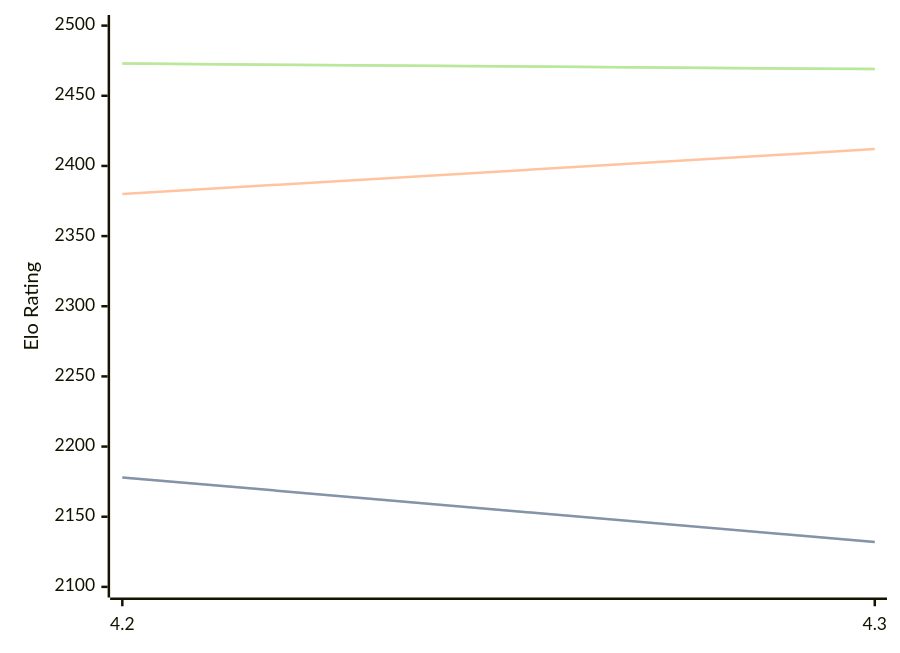
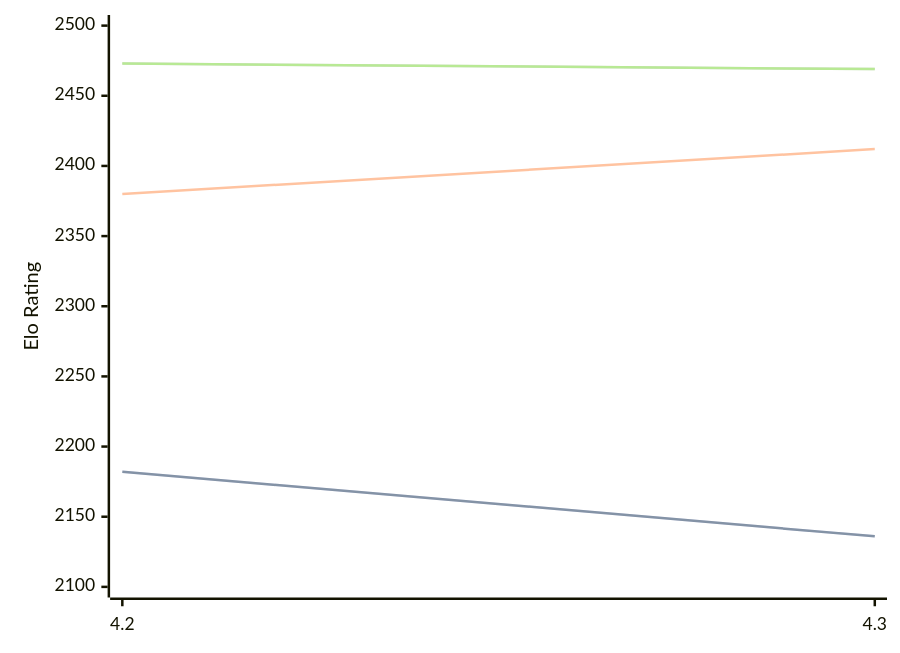
Before and after one commit to computer-chess-index/cci: the diagram in engines/Eubos.md, drawn with Mermaid. The commit also changed other lines of this file, not shown here.

````diff
--- a/engines/Eubos.md
+++ b/engines/Eubos.md
@@ -85,11 +85,11 @@
 ```mermaid
 %%{init: {"theme":"base","themeVariables":{"seriesColors:['#a3a3a3','#222221','#faa371']}}}%%
 xychart-beta
   x-axis ["4.2", "4.3"]
   y-axis "Elo Rating" 2100 --> 2500
-  line "STC (8.0+0.08s)" [2178, 2132]
-  line "STC (8.0+0.08s)" [2178, 2132]
+  line "STC (8.0+0.08s)" [2182, 2136]
+  line "STC (8.0+0.08s)" [2182, 2136]
   line "LTC (60.0+0.60s)" [2380, 2412]
   line "VLTC (2m24s+1.12s)" [2473, 2469]
   line "VLTC (2m24s+1.12s)" [2473, 2469]
 ```
````
